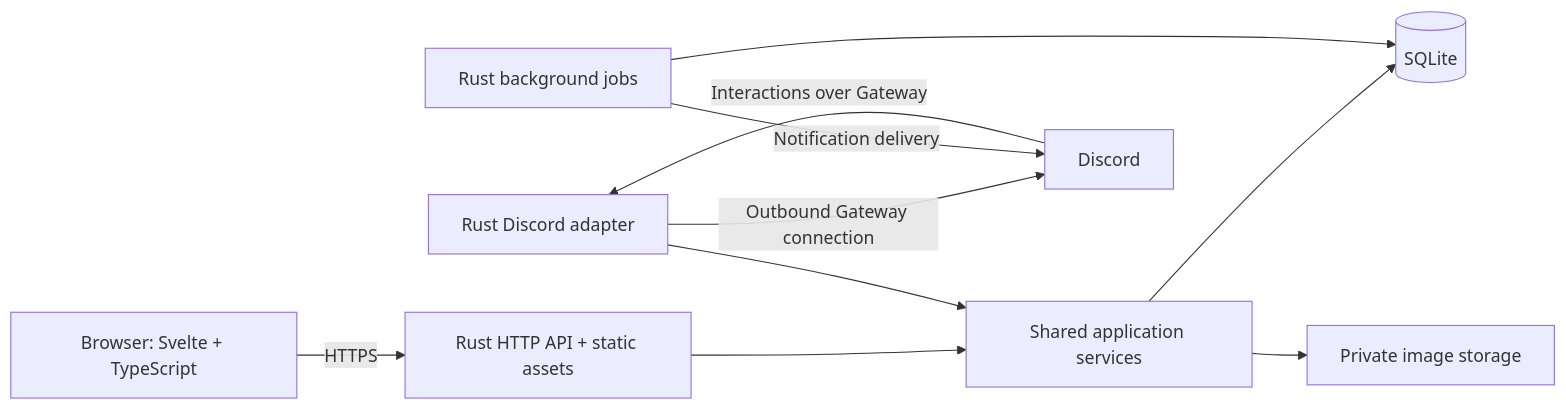
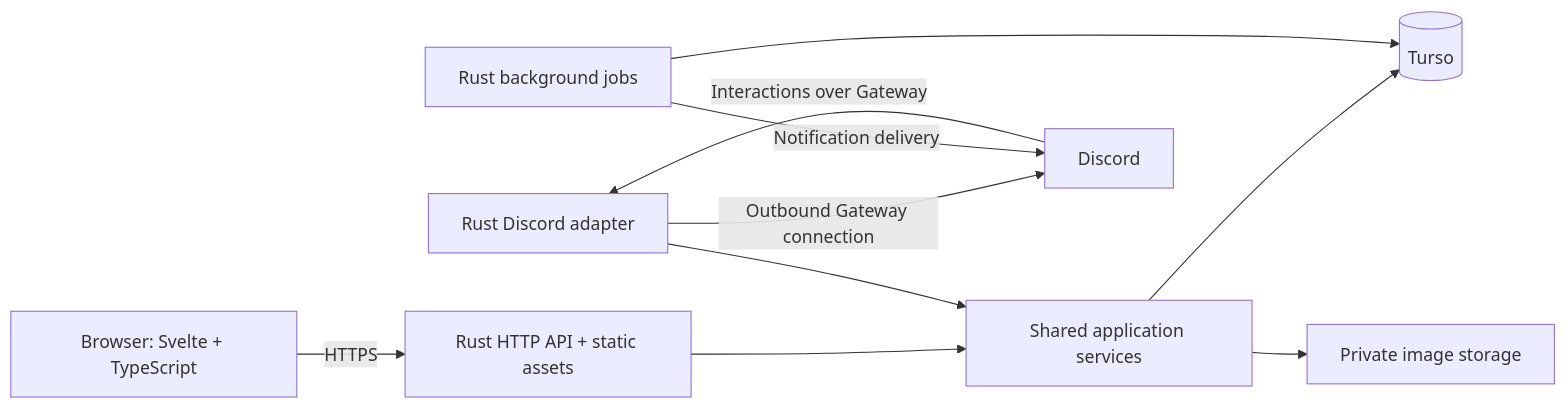
Before and after one commit to ericreg/rtn-taskboard: the diagram in TASKBOARD_PLAN.md, drawn with Mermaid. The commit also changed other lines of this file and 30 other files, not shown here.

````diff
--- a/TASKBOARD_PLAN.md
+++ b/TASKBOARD_PLAN.md
@@ -173,12 +173,12 @@
 ```mermaid
 flowchart LR
     Browser["Browser: Svelte + TypeScript"] -->|HTTPS| Web["Rust HTTP API + static assets"]
     Web --> Services["Shared application services"]
-    Services --> DB[(SQLite)]
+    Services --> DB[(Turso)]
     Services --> Files["Private image storage"]
     Bot["Rust Discord adapter"] --> Services
     Bot -->|Outbound Gateway connection| Discord["Discord"]
     Discord -->|Interactions over Gateway| Bot
     Jobs["Rust background jobs"] --> DB
     Jobs -->|Notification delivery| Discord
 ```
````
